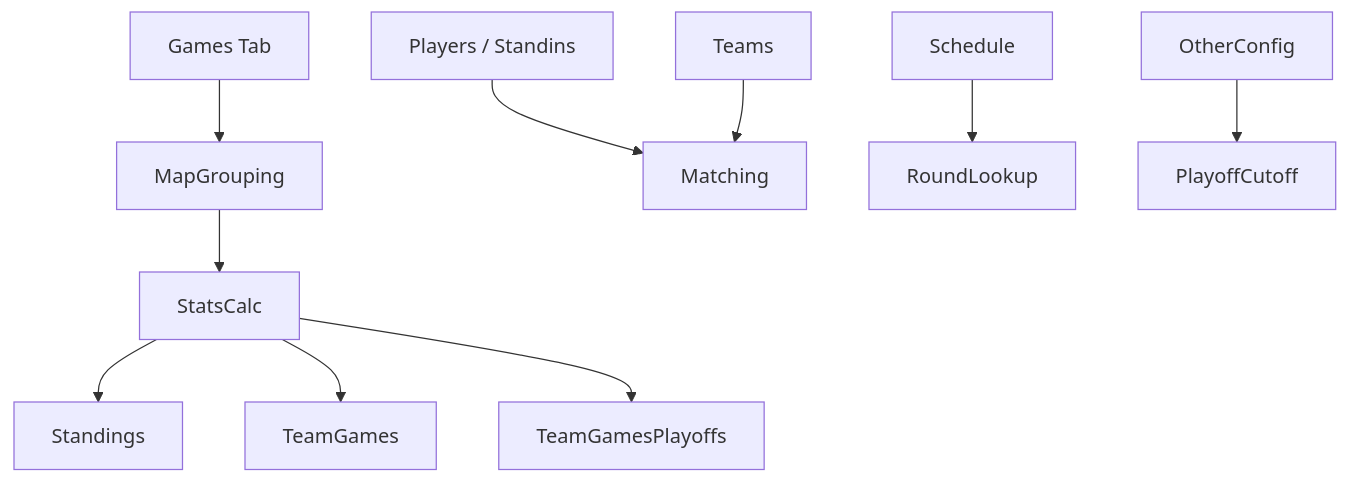
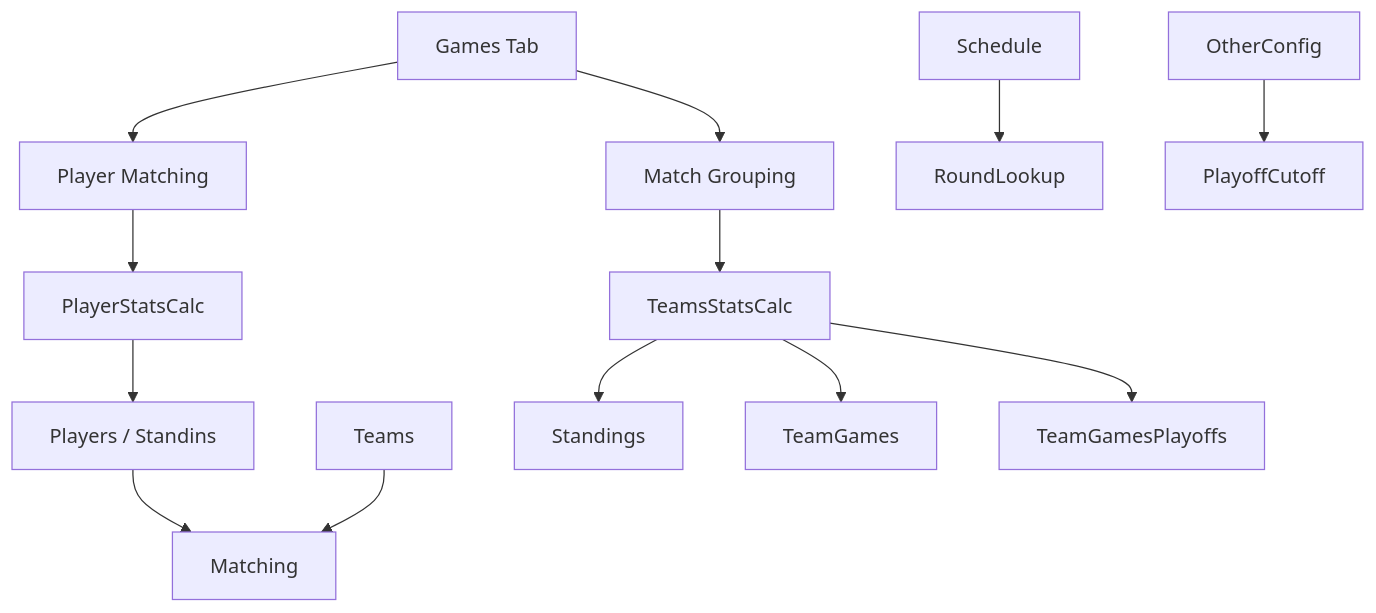
One commit to kindzal/qw-tourney-management changed the second of 2 diagrams in README.md. Above: the diagram before and after it, drawn with Mermaid. The commit also changed other lines of this file, not shown here.

````diff
--- a/README.md
+++ b/README.md
@@ -102,19 +105,22 @@
 ```mermaid
 flowchart TD
   Games[Games Tab]
   Players[Players / Standins]
   Teams[Teams]
   Schedule[Schedule]
   Config[OtherConfig]
 
-  Games --> MapGrouping
+  Games --> Match[Match Grouping]
+  Games --> Ranking[Player Matching]
   Players --> Matching
   Teams --> Matching
   Schedule --> RoundLookup
   Config --> PlayoffCutoff
 
-  MapGrouping --> StatsCalc
-  StatsCalc --> Standings
-  StatsCalc --> TeamGames
-  StatsCalc --> TeamGamesPlayoffs
+  Match --> TeamsStatsCalc
+  Ranking --> PlayerStatsCalc
+  TeamsStatsCalc --> Standings
+  TeamsStatsCalc --> TeamGames
+  TeamsStatsCalc --> TeamGamesPlayoffs
+  PlayerStatsCalc --> Players
 ```
````
